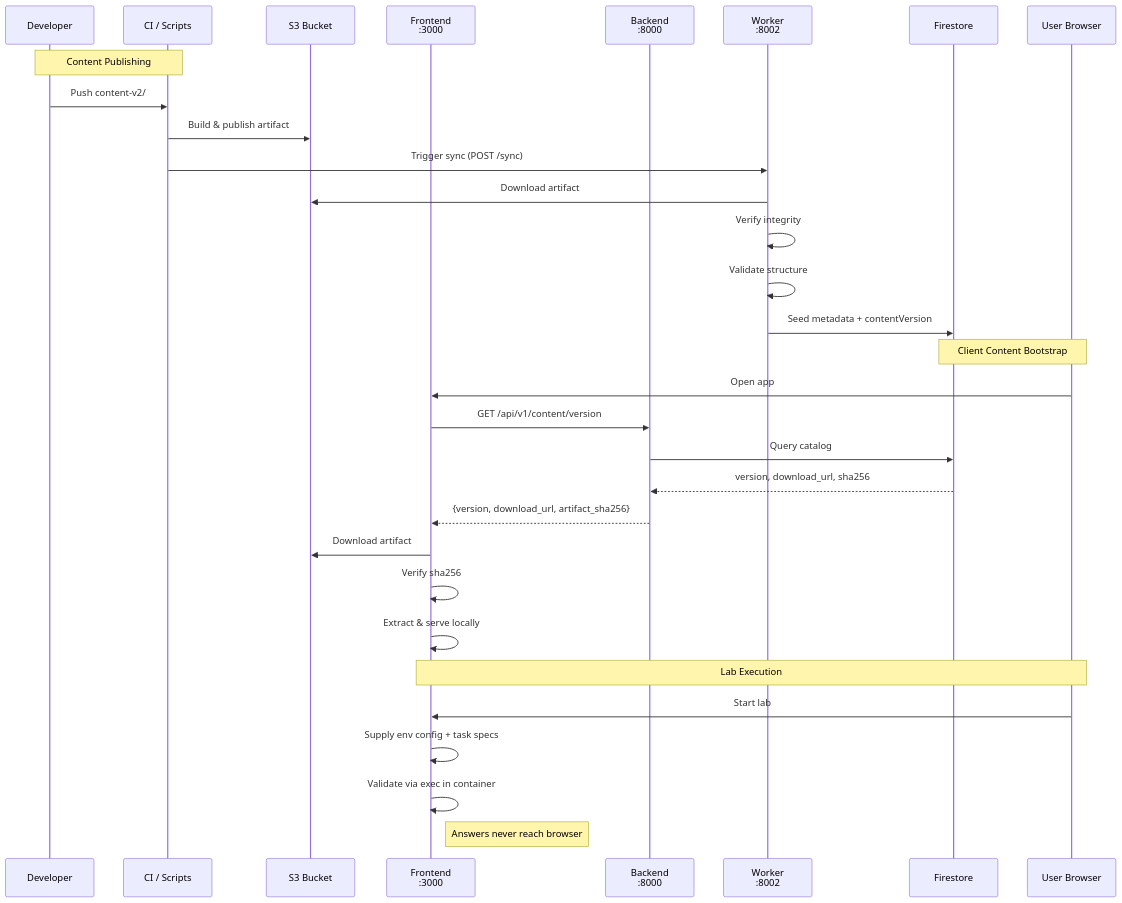
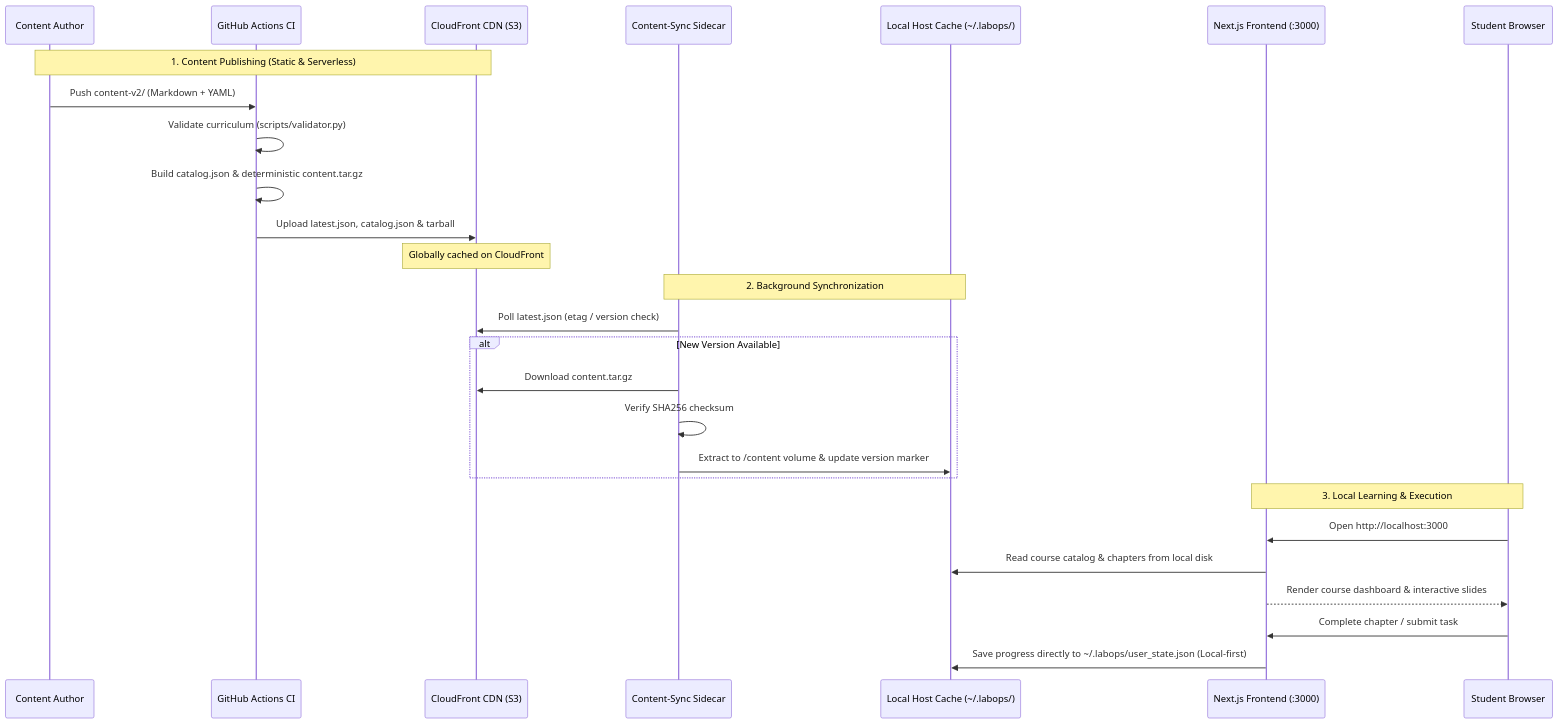
The second of 2 diagrams in README.md (vmalani27/SGP-V), drawn with Mermaid before and after one commit. The commit also changed other lines of this file and 143 other files, not shown here.

````diff
--- a/README.md
+++ b/README.md
@@ -86,36 +85,32 @@
 ```mermaid
 sequenceDiagram
-    participant Dev as Developer
-    participant CI as CI / Scripts
-    participant S3 as S3 Bucket
-    participant FE as Frontend<br/>:3000
-    participant BE as Backend<br/>:8000
-    participant Worker as Worker<br/>:8002
-    participant FB as Firestore
-    participant User as User Browser
+    participant Dev as Content Author
+    participant CI as GitHub Actions CI
+    participant CDN as CloudFront CDN (S3)
+    participant Sync as Content-Sync Sidecar
+    participant Disk as Local Host Cache (~/.labops/)
+    participant FE as Next.js Frontend (:3000)
+    participant User as Student Browser
 
-    Note over Dev,CI: Content Publishing
-    Dev->>CI: Push content-v2/
-    CI->>S3: Build & publish artifact
-    CI->>Worker: Trigger sync (POST /sync)
-    Worker->>S3: Download artifact
-    Worker->>Worker: Verify integrity
-    Worker->>Worker: Validate structure
-    Worker->>FB: Seed metadata + contentVersion
+    Note over Dev,CDN: 1. Content Publishing (Static & Serverless)
+    Dev->>CI: Push content-v2/ (Markdown + YAML)
+    CI->>CI: Validate curriculum (scripts/validator.py)
+    CI->>CI: Build catalog.json & deterministic content.tar.gz
+    CI->>CDN: Upload latest.json, catalog.json & tarball
+    Note over CDN: Globally cached on CloudFront
 
-    Note over User,FB: Client Content Bootstrap
-    User->>FE: Open app
-    FE->>BE: GET /api/v1/content/version
-    BE->>FB: Query catalog
-    FB-->>BE: version, download_url, sha256
-    BE-->>FE: {version, download_url, artifact_sha256}
-    FE->>S3: Download artifact
-    FE->>FE: Verify sha256
-    FE->>FE: Extract & serve locally
+    Note over Sync,Disk: 2. Background Synchronization
+    Sync->>CDN: Poll latest.json (etag / version check)
+    alt New Version Available
+        Sync->>CDN: Download content.tar.gz
+        Sync->>Sync: Verify SHA256 checksum
+        Sync->>Disk: Extract to /content volume & update version marker
+    end
 
-    Note over User,FE: Lab Execution
-    User->>FE: Start lab
-    FE->>FE: Supply env config + task specs
-    FE->>FE: Validate via exec in container
-    Note right of FE: Answers never reach browser
+    Note over User,FE: 3. Local Learning & Execution
+    User->>FE: Open http://localhost:3000
+    FE->>Disk: Read course catalog & chapters from local disk
+    FE-->>User: Render course dashboard & interactive slides
+    User->>FE: Complete chapter / submit task
+    FE->>Disk: Save progress directly to ~/.labops/user_state.json (Local-first)
 ```
````
